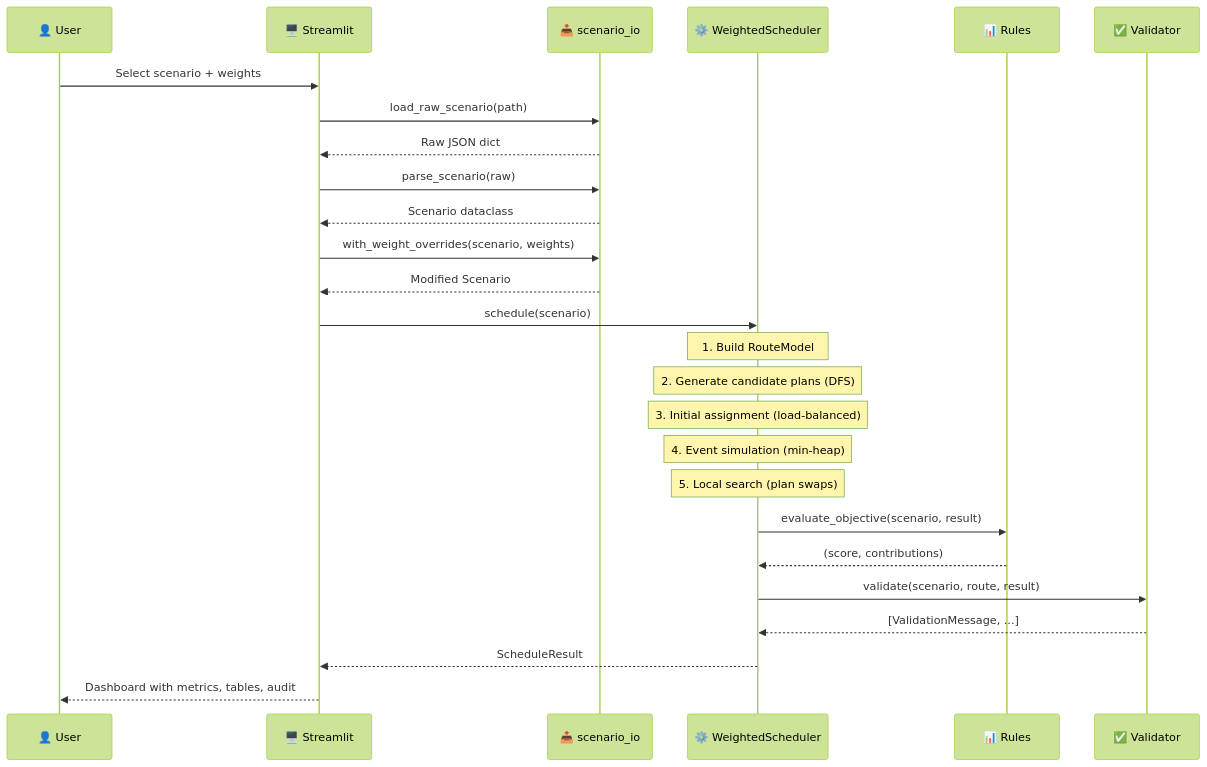
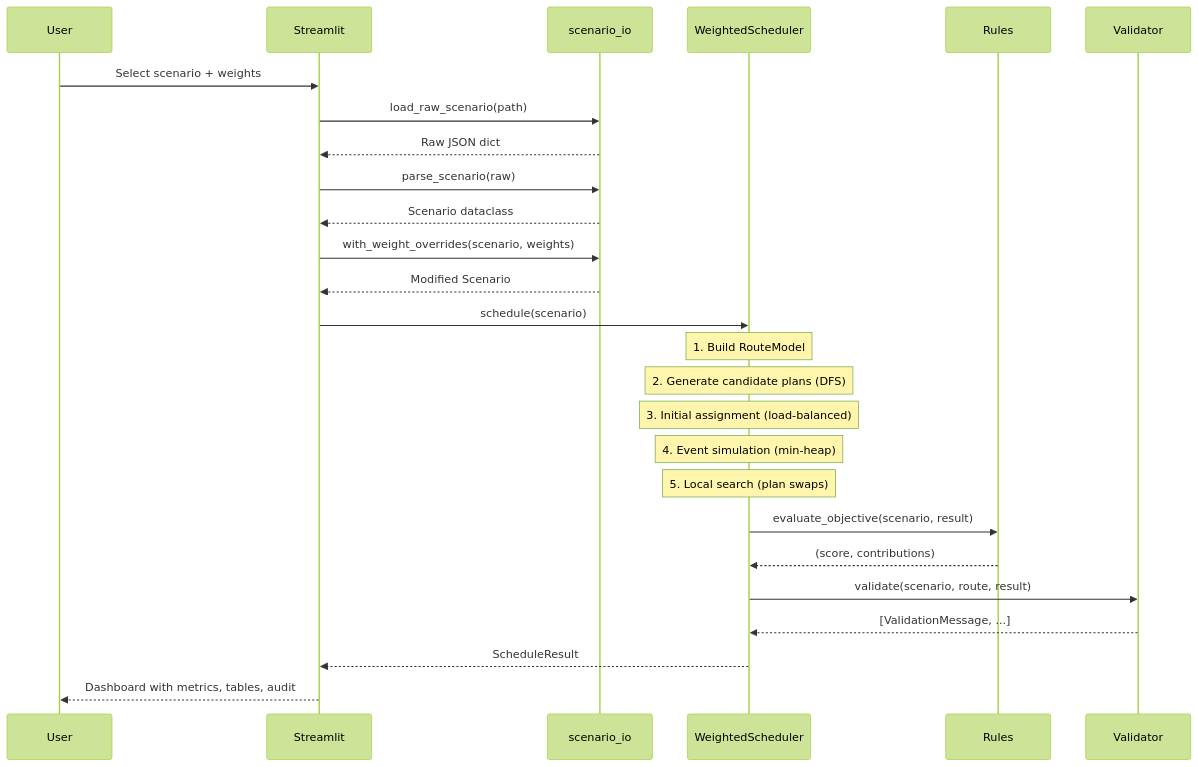
One commit to mukulgupta11/bus_charging_scheduler changed the second of 13 diagrams in ARCHITECTURE.md. Above: the diagram before and after it, drawn with Mermaid (forest theme). The commit also changed other lines of this file and 3 other files, not shown here.

````diff
--- a/ARCHITECTURE.md
+++ b/ARCHITECTURE.md
@@ -88,31 +88,31 @@
 ```mermaid
 sequenceDiagram
-    participant User as 👤 User
-    participant UI as 🖥️ Streamlit
-    participant IO as 📥 scenario_io
-    participant Engine as ⚙️ WeightedScheduler
-    participant Rules as 📊 Rules
-    participant Validator as ✅ Validator
+    participant User as User
+    participant UI as Streamlit
+    participant IO as scenario_io
+    participant Engine as WeightedScheduler
+    participant Rules as Rules
+    participant Validator as Validator
 
     User->>UI: Select scenario + weights
     UI->>IO: load_raw_scenario(path)
     IO-->>UI: Raw JSON dict
     UI->>IO: parse_scenario(raw)
     IO-->>UI: Scenario dataclass
     UI->>IO: with_weight_overrides(scenario, weights)
     IO-->>UI: Modified Scenario
     UI->>Engine: schedule(scenario)
 
     Note over Engine: 1. Build RouteModel
     Note over Engine: 2. Generate candidate plans (DFS)
     Note over Engine: 3. Initial assignment (load-balanced)
     Note over Engine: 4. Event simulation (min-heap)
     Note over Engine: 5. Local search (plan swaps)
 
     Engine->>Rules: evaluate_objective(scenario, result)
     Rules-->>Engine: (score, contributions)
     Engine->>Validator: validate(scenario, route, result)
     Validator-->>Engine: [ValidationMessage, ...]
     Engine-->>UI: ScheduleResult
     UI-->>User: Dashboard with metrics, tables, audit
 ```
````
